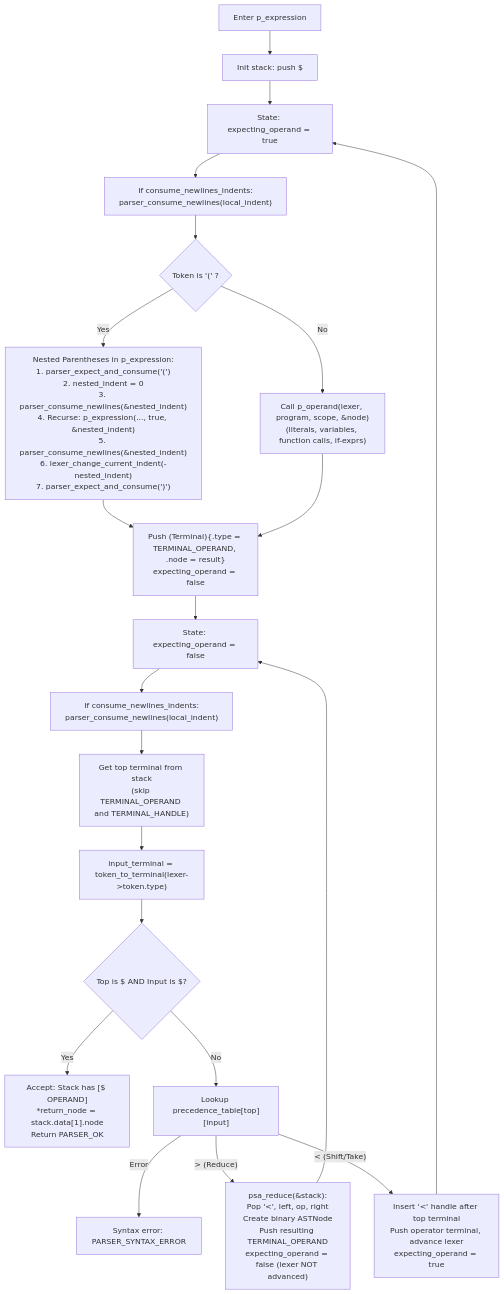
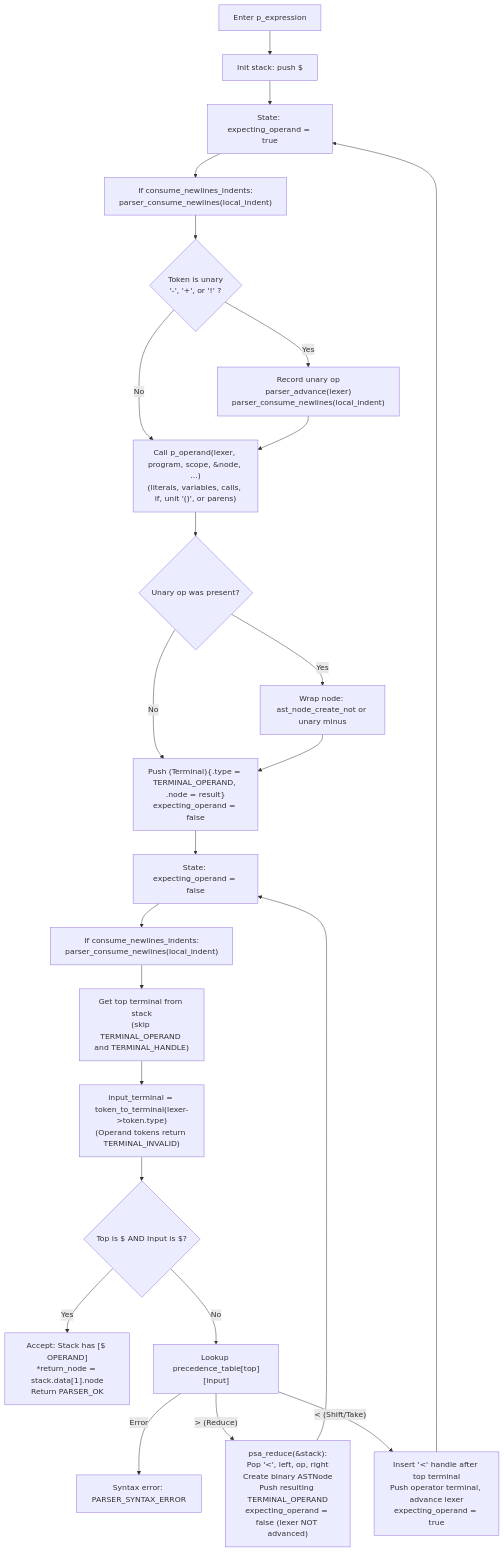
Before and after one commit to phuid/ifj26-compiler: the diagram in psa_spec.md, drawn with Mermaid. The commit also changed other lines of this file, not shown here.

````diff
--- a/psa_spec.md
+++ b/psa_spec.md
@@ -42,31 +40,34 @@
 ```mermaid
 flowchart TD
     Start["Enter p_expression"] --> InitStack["Init stack: push $"]
     InitStack --> StateOp["State: expecting_operand = true"]
 
     StateOp --> ConsumeNewlinesOp["If consume_newlines_indents:<br/>parser_consume_newlines(local_indent)"]
-    ConsumeNewlinesOp --> CheckParen{"Token is '(' ?"}
+    ConsumeNewlinesOp --> CheckUnary{"Token is unary<br/>'-', '+', or '!' ?"}
 
-    CheckParen -- Yes --> NestedParen["Nested Parentheses in p_expression:<br/>1. parser_expect_and_consume('(')<br/>2. nested_indent = 0<br/>3. parser_consume_newlines(&nested_indent)<br/>4. Recurse: p_expression(..., true, &nested_indent)<br/>5. parser_consume_newlines(&nested_indent)<br/>6. lexer_change_current_indent(-nested_indent)<br/>7. parser_expect_and_consume(')')"]
-    CheckParen -- No --> AtomicOp["Call p_operand(lexer, program, scope, &node)<br/>(literals, variables, function calls, if-exprs)"]
+    CheckUnary -- Yes --> ConsumeUnary["Record unary op<br/>parser_advance(lexer)<br/>parser_consume_newlines(local_indent)"]
+    CheckUnary -- No --> CallOperand["Call p_operand(lexer, program, scope, &node, ...)<br/>(literals, variables, calls, if, unit '()', or parens)"]
+    ConsumeUnary --> CallOperand
 
-    NestedParen --> PushOperand["Push (Terminal){.type = TERMINAL_OPERAND, .node = result}<br/>expecting_operand = false"]
-    AtomicOp --> PushOperand
+    CallOperand --> WrapUnary{"Unary op was present?"}
+    WrapUnary -- Yes --> ApplyUnary["Wrap node: ast_node_create_not or unary minus"]
+    WrapUnary -- No --> PushOperand["Push (Terminal){.type = TERMINAL_OPERAND, .node = result}<br/>expecting_operand = false"]
+    ApplyUnary --> PushOperand
 
     PushOperand --> StateAfterOp["State: expecting_operand = false"]
     StateAfterOp --> ConsumeNewlinesAfter["If consume_newlines_indents:<br/>parser_consume_newlines(local_indent)"]
 
     ConsumeNewlinesAfter --> TopTerm["Get top terminal from stack<br/>(skip TERMINAL_OPERAND and TERMINAL_HANDLE)"]
-    TopTerm --> InputTerm["input_terminal = token_to_terminal(lexer->token.type)"]
+    TopTerm --> InputTerm["input_terminal = token_to_terminal(lexer->token.type)<br/>(Operand tokens return TERMINAL_INVALID)"]
     InputTerm --> CheckFinish{"Top is $ AND Input is $?"}
 
     CheckFinish -- Yes --> Success["Accept: Stack has [$ OPERAND]<br/>*return_node = stack.data[1].node<br/>Return PARSER_OK"]
     CheckFinish -- No --> Lookup["Lookup precedence_table[top][input]"]
 
     Lookup -- "< (Shift/Take)" --> HandleShift["Insert '<' handle after top terminal<br/>Push operator terminal, advance lexer<br/>expecting_operand = true"]
     Lookup -- "> (Reduce)" --> HandleReduce["psa_reduce(&stack):<br/>Pop '<', left, op, right<br/>Create binary ASTNode<br/>Push resulting TERMINAL_OPERAND<br/>expecting_operand = false (lexer NOT advanced)"]
     Lookup -- "Error" --> SyntaxErr["Syntax error: PARSER_SYNTAX_ERROR"]
 
     HandleShift --> StateOp
     HandleReduce --> StateAfterOp
 ```
````
